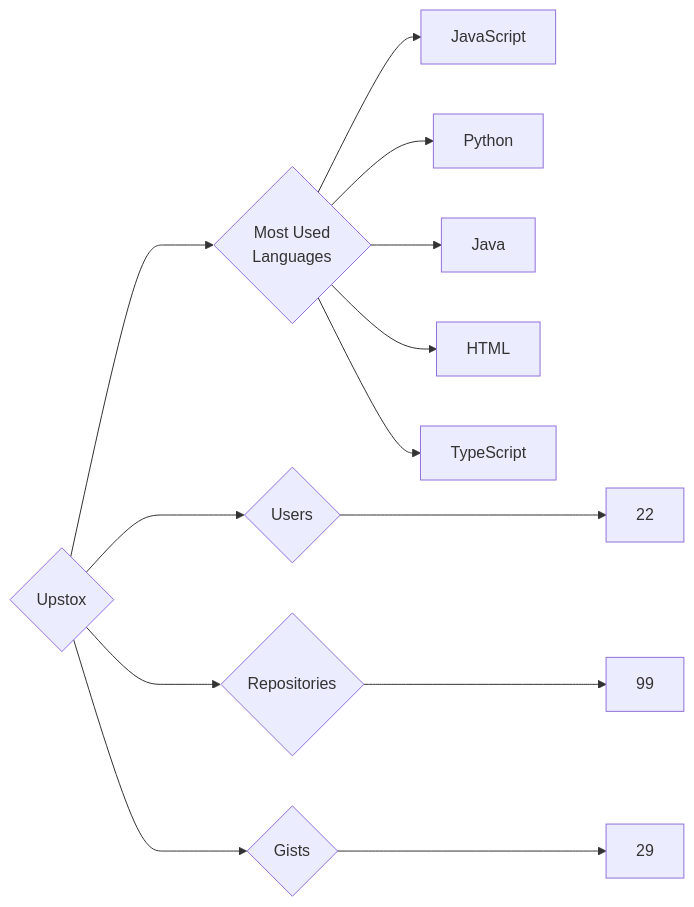
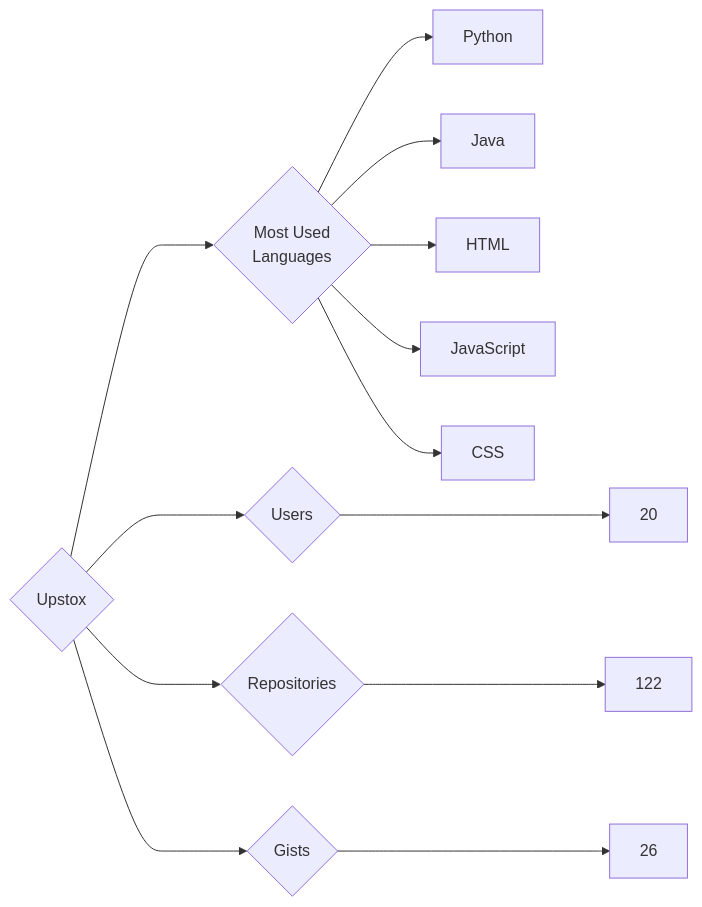
One commit to trickest/insiders changed the diagram in targets/Upstox/README.md. Above: the diagram before and after it, drawn with Mermaid. The commit also changed 748 other files, not shown here.

````diff
--- a/targets/Upstox/README.md
+++ b/targets/Upstox/README.md
@@ -3,13 +3,13 @@
 ```mermaid
 graph LR
 COMPANY_NAME{Upstox}
-COMPANY_NAME ---> U{Users} ---> UN[22]
-COMPANY_NAME ---> R{Repositories} ---> RN[99]
-COMPANY_NAME ---> G{Gists} ---> GN[29]
+COMPANY_NAME ---> U{Users} ---> UN[20]
+COMPANY_NAME ---> R{Repositories} ---> RN[122]
+COMPANY_NAME ---> G{Gists} ---> GN[26]
 COMPANY_NAME ---> ML{Most Used<br>Languages}
-ML --> JavaScript[JavaScript]
 ML --> Python[Python]
 ML --> Java[Java]
 ML --> HTML[HTML]
-ML --> TypeScript[TypeScript]
+ML --> JavaScript[JavaScript]
+ML --> CSS[CSS]
 ```
````
